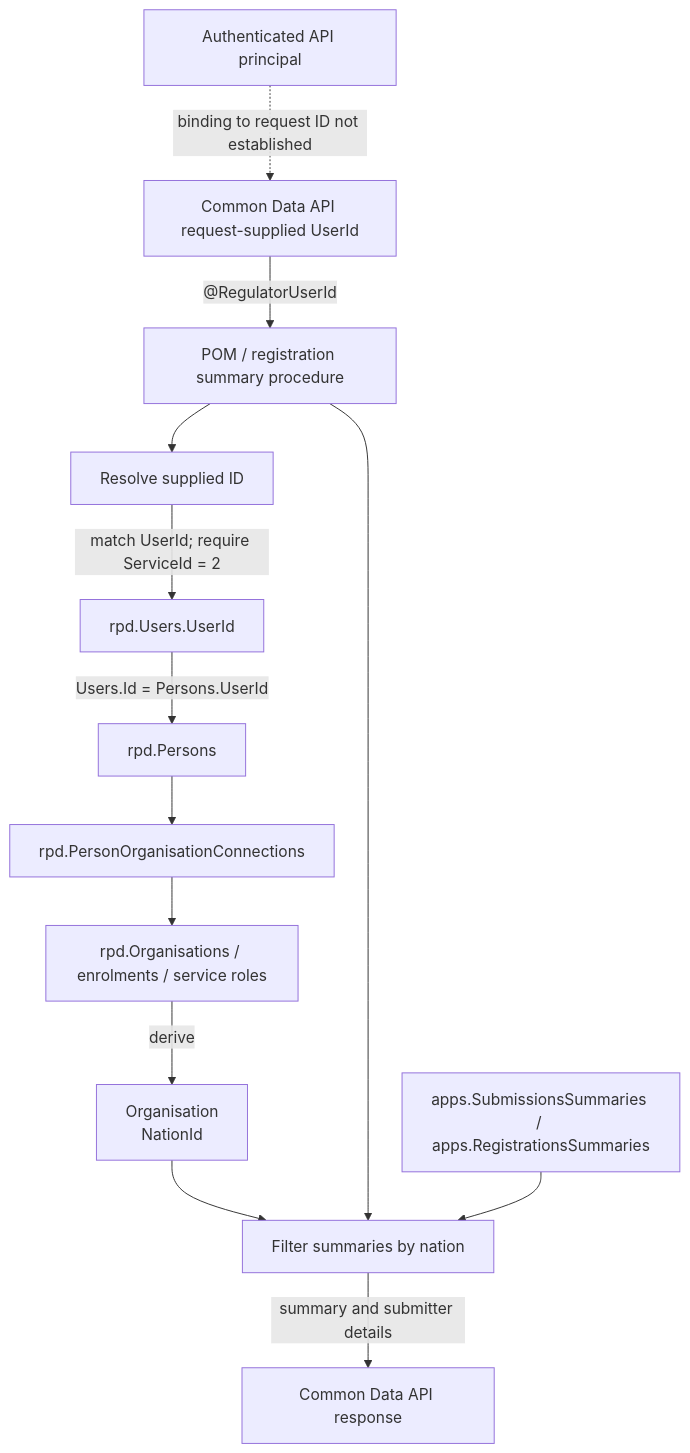
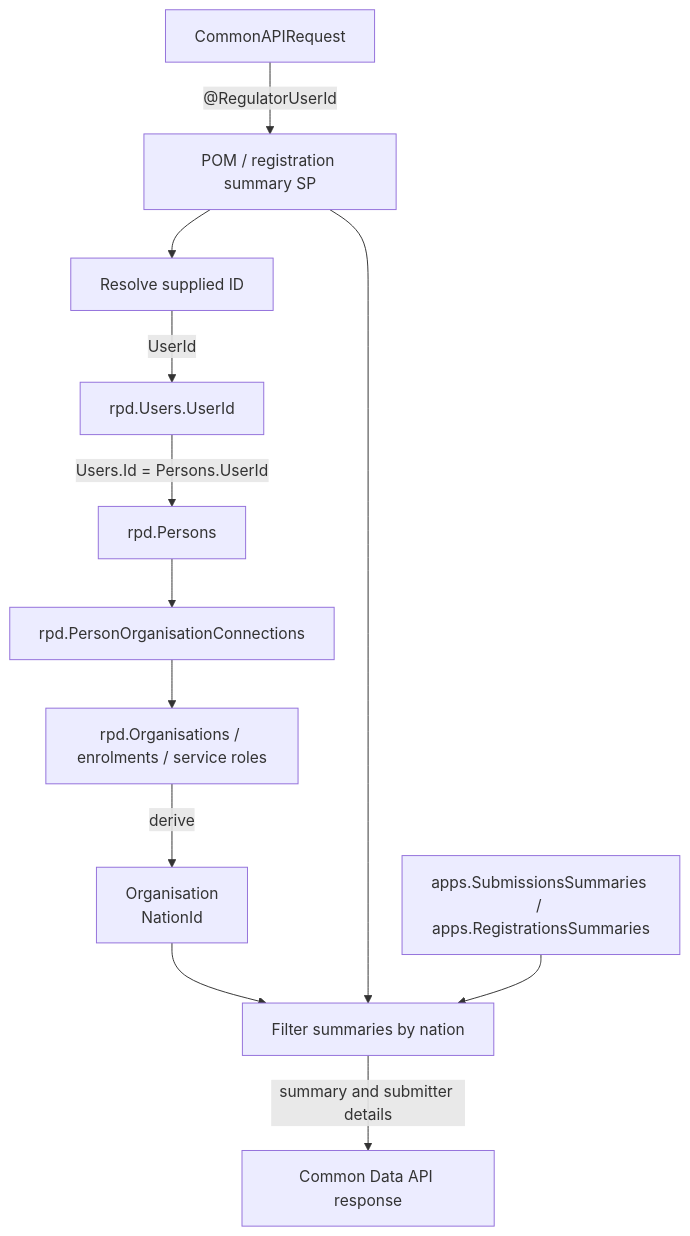
The third of 6 diagrams in docs/identity_provider_EntraID/rpd-users-userid-entra-migration.md (DEFRA/epr-data-sqldb), drawn with Mermaid before and after one commit. The commit also changed other lines of this file, not shown here.

Commit message:
simplifying charts

````diff
--- a/docs/identity_provider_EntraID/rpd-users-userid-entra-migration.md
+++ b/docs/identity_provider_EntraID/rpd-users-userid-entra-migration.md
@@ -58,15 +52,14 @@
 ```mermaid
 flowchart TB
-    AuthPrincipal["Authenticated API principal"] -. "binding to request ID not established" .-> CommonAPIRequest["Common Data API request-supplied UserId"]
-    CommonAPIRequest -->|"@RegulatorUserId"| PageProc["POM / registration summary procedure"]
+    CommonAPIRequest -->|"@RegulatorUserId"| PageProc["POM / registration summary SP"]
     PageProc --> Resolve["Resolve supplied ID"]
-    Resolve -->|"match UserId; require ServiceId = 2"| RpdUser["rpd.Users.UserId"]
+    Resolve -->|"UserId"| RpdUser["rpd.Users.UserId"]
     RpdUser -->|"Users.Id = Persons.UserId"| RpdPerson["rpd.Persons"]
     RpdPerson --> RpdConnection["rpd.PersonOrganisationConnections"]
     RpdConnection --> RpdOrg["rpd.Organisations / enrolments / service roles"]
     RpdOrg -->|"derive"| Nation["Organisation\nNationId"]
     Nation --> Filter["Filter summaries by nation"]
     PageProc --> Filter
     SummaryTables["apps.SubmissionsSummaries / apps.RegistrationsSummaries"] --> Filter
     Filter -->|"summary and submitter details"| CommonAPIResponse["Common Data API response"]
 ```
````
